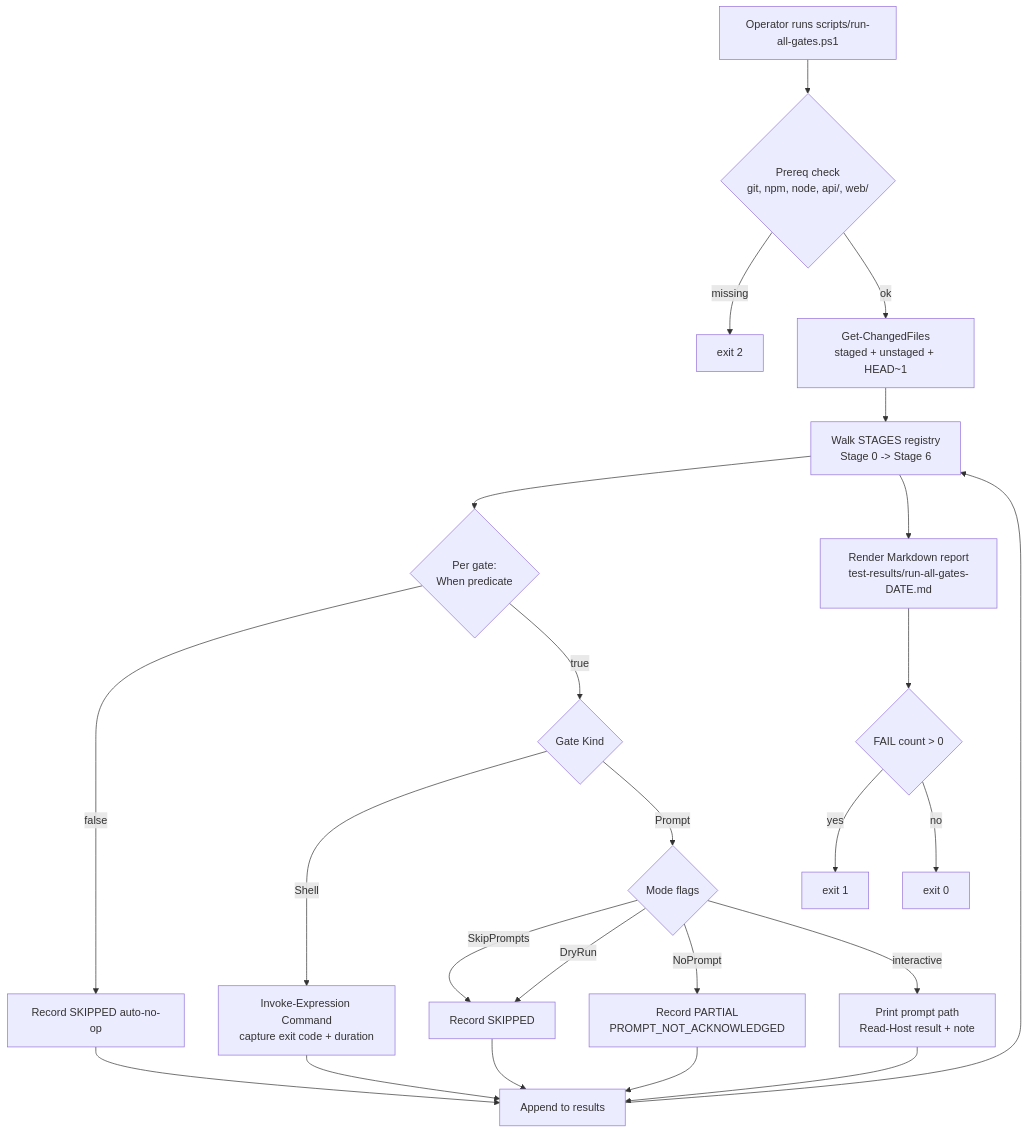
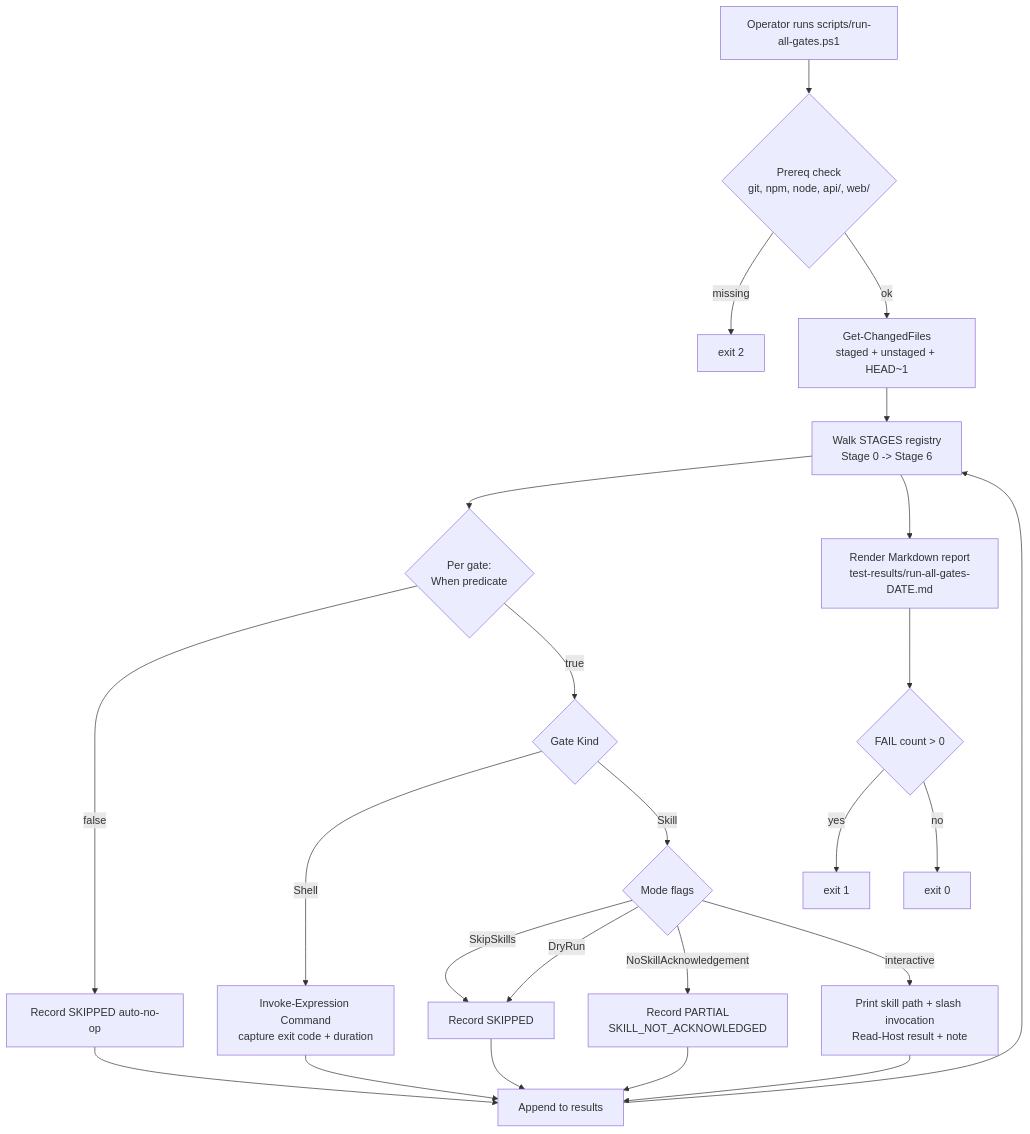
The diagram in docs/RUN_ALL_GATES_ORCHESTRATOR.md (pranems/SCIMServer), drawn with Mermaid before and after one commit. The commit also changed other lines of this file and 103 other files, not shown here.

````diff
--- a/docs/RUN_ALL_GATES_ORCHESTRATOR.md
+++ b/docs/RUN_ALL_GATES_ORCHESTRATOR.md
@@ -39,26 +39,26 @@
 ```mermaid
 flowchart TD
     A[Operator runs scripts/run-all-gates.ps1] --> B{Prereq check<br/>git, npm, node, api/, web/}
     B -- missing --> X[exit 2]
     B -- ok --> C[Get-ChangedFiles<br/>staged + unstaged + HEAD~1]
     C --> D[Walk STAGES registry<br/>Stage 0 -> Stage 6]
     D --> E{Per gate:<br/>When predicate}
     E -- false --> F[Record SKIPPED auto-no-op]
     E -- true --> G{Gate Kind}
     G -- Shell --> H[Invoke-Expression Command<br/>capture exit code + duration]
-    G -- Prompt --> I{Mode flags}
-    I -- SkipPrompts --> J[Record SKIPPED]
+    G -- Skill --> I{Mode flags}
+    I -- SkipSkills --> J[Record SKIPPED]
     I -- DryRun --> J
-    I -- NoPrompt --> K[Record PARTIAL<br/>PROMPT_NOT_ACKNOWLEDGED]
-    I -- interactive --> L[Print prompt path<br/>Read-Host result + note]
+    I -- NoSkillAcknowledgement --> K["Record PARTIAL<br/>SKILL_NOT_ACKNOWLEDGED"]
+    I -- interactive --> L["Print skill path + slash invocation<br/>Read-Host result + note"]
     H --> M[Append to results]
     J --> M
     K --> M
     L --> M
     F --> M
     M --> D
     D --> N[Render Markdown report<br/>test-results/run-all-gates-DATE.md]
     N --> O{FAIL count > 0}
     O -- yes --> P[exit 1]
     O -- no --> Q[exit 0]
 ```
````
